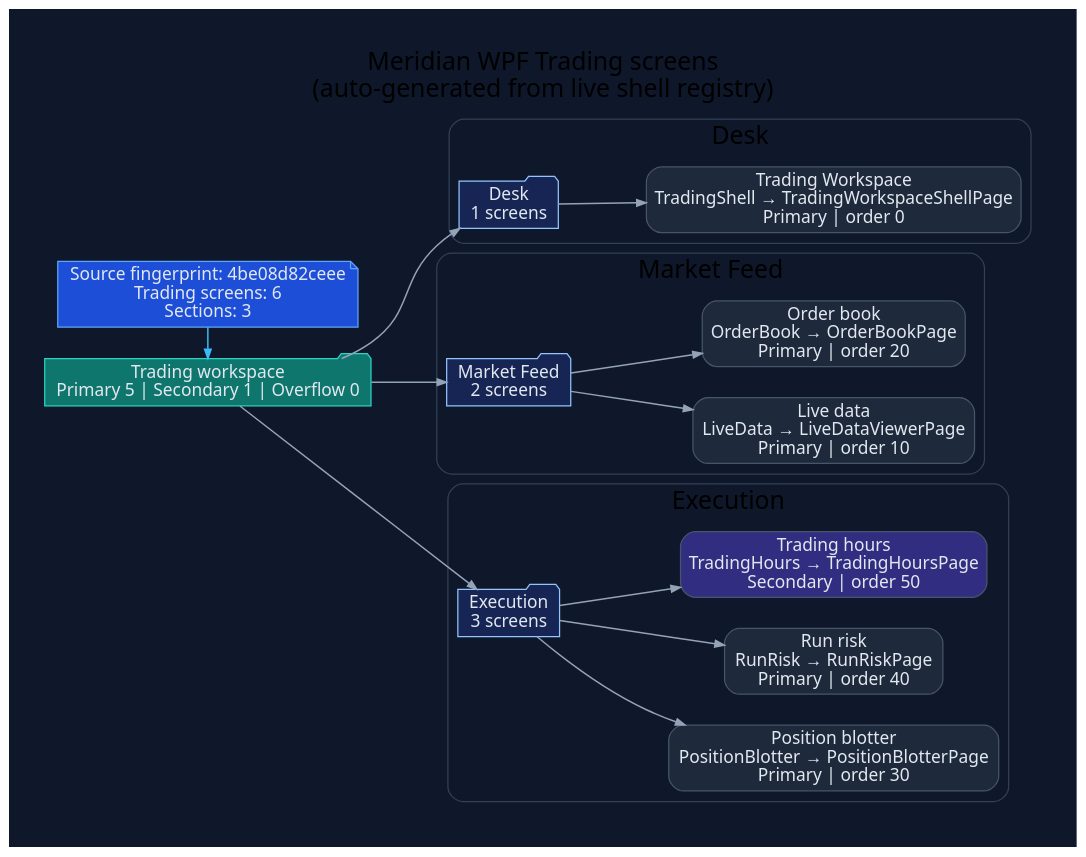
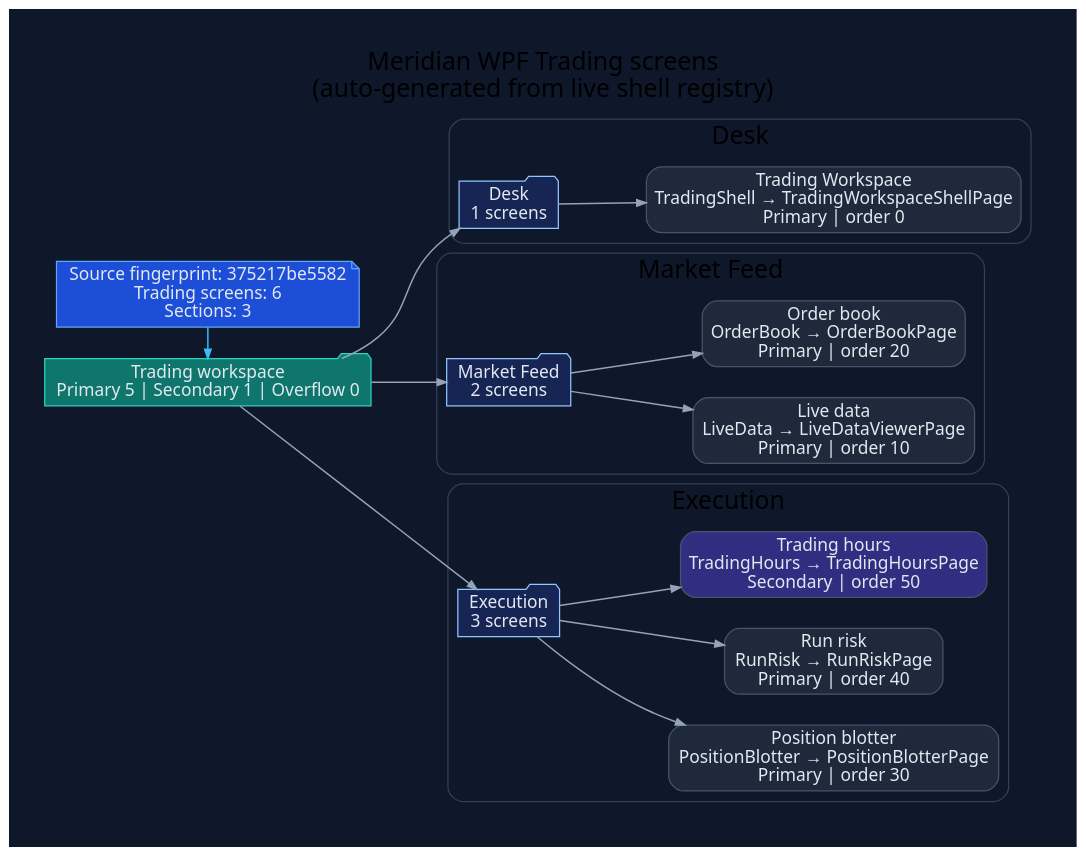
One commit to rodoHasArrived/Meridian-main changed the diagram in docs/diagrams/ui-wpf-screens-trading.dot. Above: the diagram before and after it, drawn with Graphviz. The commit also changed 158 other files, not shown here.

```diff
--- a/docs/diagrams/ui-wpf-screens-trading.dot
+++ b/docs/diagrams/ui-wpf-screens-trading.dot
@@ -1,62 +1,62 @@
 // -----------------------------------------------------------------------------
 // <auto-generated>
 // Generated by scripts/generate-diagrams.mjs.
 // Do not edit this file directly; update the WPF source files instead.
 // -----------------------------------------------------------------------------
 digraph WpfTradingScreens {
   graph [
     rankdir=LR,
     labelloc=t,
     label="Meridian WPF Trading screens\n(auto-generated from live shell registry)",
     fontname="Segoe UI",
     fontsize=20,
     pad=0.4,
     nodesep=0.35,
     ranksep=0.85,
     bgcolor="#0f172a"
   ];
   node [fontname="Segoe UI", shape=box, style="rounded,filled", color="#475569", fontcolor="#e2e8f0", fillcolor="#1e293b"];
   edge [fontname="Segoe UI", color="#94a3b8", penwidth=1.2, arrowsize=0.75];
 
-  generated [shape=note, fillcolor="#1d4ed8", color="#60a5fa", label="Source fingerprint: 4be08d82ceee\nTrading screens: 6\nSections: 3"];
+  generated [shape=note, fillcolor="#1d4ed8", color="#60a5fa", label="Source fingerprint: 375217be5582\nTrading screens: 6\nSections: 3"];
   workspace [shape=folder, fillcolor="#0f766e", color="#2dd4bf", label="Trading workspace\nPrimary 5 | Secondary 1 | Overflow 0"];
   generated -> workspace [color="#38bdf8"];
 
   subgraph cluster_section_1 {
     label="Desk";
     color="#334155";
     style="rounded";
     section_1 [shape=folder, fillcolor="#172554", color="#93c5fd", label="Desk\n1 screens"];
     workspace -> section_1;
     screen_TradingShell [fillcolor="#1e293b", label="Trading Workspace\nTradingShell → TradingWorkspaceShellPage\nPrimary | order 0"];
     section_1 -> screen_TradingShell;
   }
 
   subgraph cluster_section_2 {
     label="Market Feed";
     color="#334155";
     style="rounded";
     section_2 [shape=folder, fillcolor="#172554", color="#93c5fd", label="Market Feed\n2 screens"];
     workspace -> section_2;
     screen_LiveData [fillcolor="#1e293b", label="Live data\nLiveData → LiveDataViewerPage\nPrimary | order 10"];
     section_2 -> screen_LiveData;
     screen_OrderBook [fillcolor="#1e293b", label="Order book\nOrderBook → OrderBookPage\nPrimary | order 20"];
     section_2 -> screen_OrderBook;
   }
 
   subgraph cluster_section_3 {
     label="Execution";
     color="#334155";
     style="rounded";
     section_3 [shape=folder, fillcolor="#172554", color="#93c5fd", label="Execution\n3 screens"];
     workspace -> section_3;
     screen_PositionBlotter [fillcolor="#1e293b", label="Position blotter\nPositionBlotter → PositionBlotterPage\nPrimary | order 30"];
     section_3 -> screen_PositionBlotter;
     screen_RunRisk [fillcolor="#1e293b", label="Run risk\nRunRisk → RunRiskPage\nPrimary | order 40"];
     section_3 -> screen_RunRisk;
     screen_TradingHours [fillcolor="#312e81", label="Trading hours\nTradingHours → TradingHoursPage\nSecondary | order 50"];
     section_3 -> screen_TradingHours;
   }
 
   { rank=min; generated; workspace; }
 }
```
